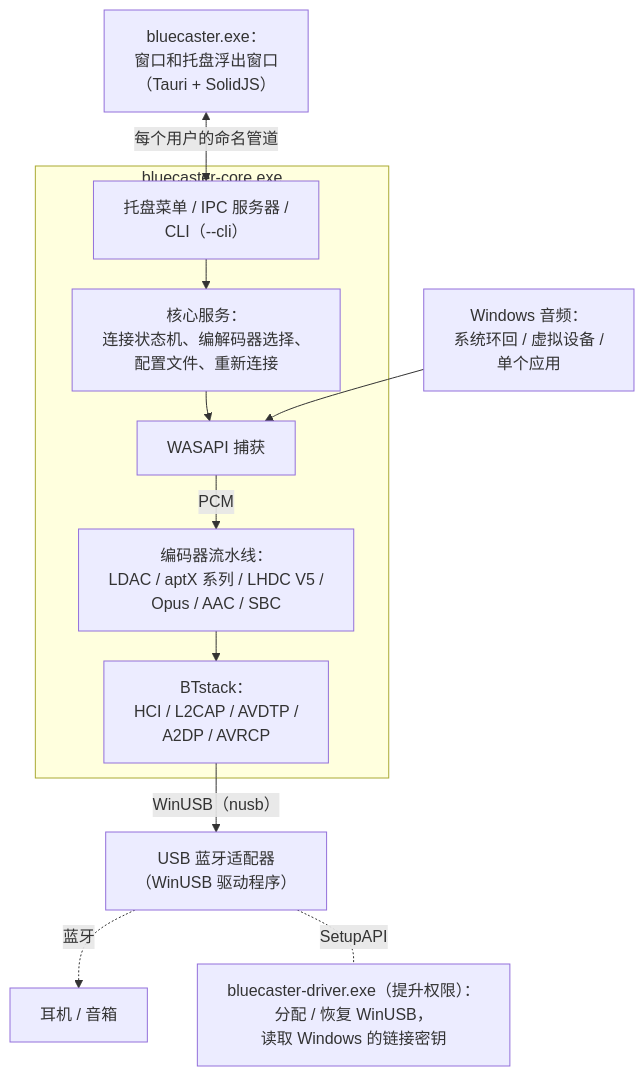
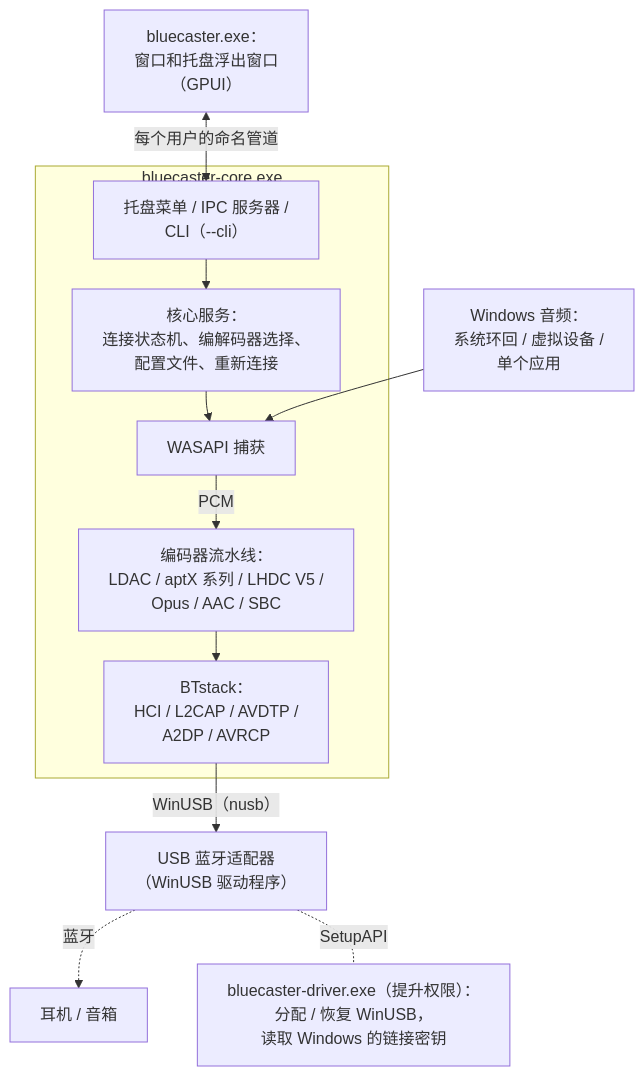
Before and after one commit to RxMaxx/A2DP-Windows-Bridge: the first of 5 diagrams in docs/zh-CN/architecture.md, drawn with Mermaid. The commit also changed other lines of this file and 517 other files, not shown here.

First line of the commit message:
Replace the Tauri window with the GPUI one

````diff
--- a/docs/zh-CN/architecture.md
+++ b/docs/zh-CN/architecture.md
@@ -37,22 +37,22 @@
 ```mermaid
 ---
 config:
   flowchart:
     wrappingWidth: 480
     rankSpacing: 30
 ---
 flowchart TB
-    ui["bluecaster.exe：<br>窗口和托盘浮出窗口<br>（Tauri + SolidJS）"]
+    ui["bluecaster.exe：<br>窗口和托盘浮出窗口<br>（GPUI）"]
     src["Windows 音频：<br>系统环回 / 虚拟设备 /<br>单个应用"]
     subgraph core["bluecaster-core.exe"]
         ctl["托盘菜单 / IPC 服务器 /<br>CLI（--cli）"] --> svc["核心服务：<br>连接状态机、编解码器选择、<br>配置文件、重新连接"]
         svc --> cap["WASAPI 捕获"]
         cap -- PCM --> enc["编码器流水线：<br>LDAC / aptX 系列 / LHDC V5 /<br>Opus / AAC / SBC"]
         enc --> bt["BTstack：<br>HCI / L2CAP / AVDTP /<br>A2DP / AVRCP"]
     end
     ui <-->|"每个用户的命名管道"| ctl
     src --> cap
     bt -->|"WinUSB（nusb）"| usb["USB 蓝牙适配器<br>（WinUSB 驱动程序）"]
     usb -. 蓝牙 .-> hp["耳机 / 音箱"]
     usb -.-|SetupAPI| drv["bluecaster-driver.exe（提升权限）：<br>分配 / 恢复 WinUSB，<br>读取 Windows 的链接密钥"]
 ```
````
